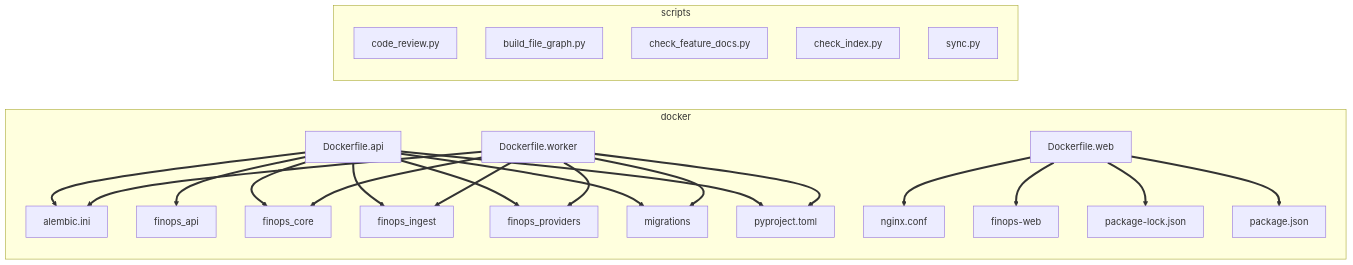
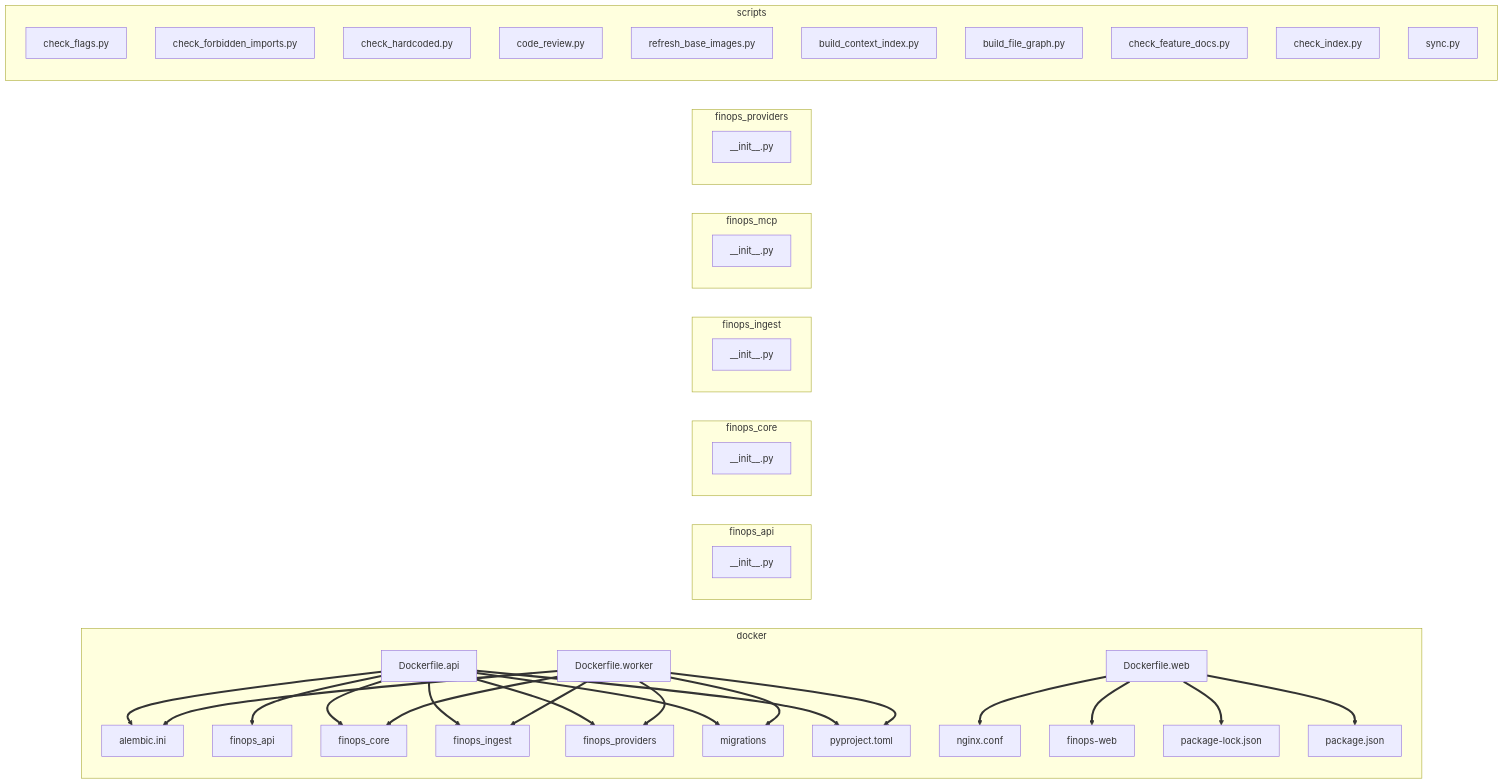
One commit to supersaiyane/meter changed the diagram in docs/architecture/file-graph.md. Above: the diagram before and after it, drawn with Mermaid. The commit also changed other lines of this file and 32 other files, not shown here.

First line of the commit message:
feat: TASK-P0-029, verify the base images and correct the security policy

````diff
--- a/docs/architecture/file-graph.md
+++ b/docs/architecture/file-graph.md
@@ -12,43 +12,63 @@
 ```mermaid
 graph LR
   subgraph docker["docker"]
     n0["Dockerfile.api"]
     n1["Dockerfile.web"]
     n2["Dockerfile.worker"]
     n3["alembic.ini"]
     n4["nginx.conf"]
     n5["finops-web"]
     n6["package-lock.json"]
     n7["package.json"]
     n8["finops_api"]
     n9["finops_core"]
     n10["finops_ingest"]
     n11["finops_providers"]
     n12["migrations"]
     n13["pyproject.toml"]
   end
+  subgraph finops_api["finops_api"]
+    n14["__init__.py"]
+  end
+  subgraph finops_core["finops_core"]
+    n15["__init__.py"]
+  end
+  subgraph finops_ingest["finops_ingest"]
+    n16["__init__.py"]
+  end
+  subgraph finops_mcp["finops_mcp"]
+    n17["__init__.py"]
+  end
+  subgraph finops_providers["finops_providers"]
+    n18["__init__.py"]
+  end
   subgraph scripts["scripts"]
-    n14["code_review.py"]
-    n15["build_file_graph.py"]
-    n16["check_feature_docs.py"]
-    n17["check_index.py"]
-    n18["sync.py"]
+    n19["check_flags.py"]
+    n20["check_forbidden_imports.py"]
+    n21["check_hardcoded.py"]
+    n22["code_review.py"]
+    n23["refresh_base_images.py"]
+    n24["build_context_index.py"]
+    n25["build_file_graph.py"]
+    n26["check_feature_docs.py"]
+    n27["check_index.py"]
+    n28["sync.py"]
   end
   n0 ==> n3
   n0 ==> n8
   n0 ==> n9
   n0 ==> n10
   n0 ==> n11
   n0 ==> n12
   n0 ==> n13
   n1 ==> n4
   n1 ==> n5
   n1 ==> n6
   n1 ==> n7
   n2 ==> n3
   n2 ==> n9
   n2 ==> n10
   n2 ==> n11
   n2 ==> n12
   n2 ==> n13
 ```
````
